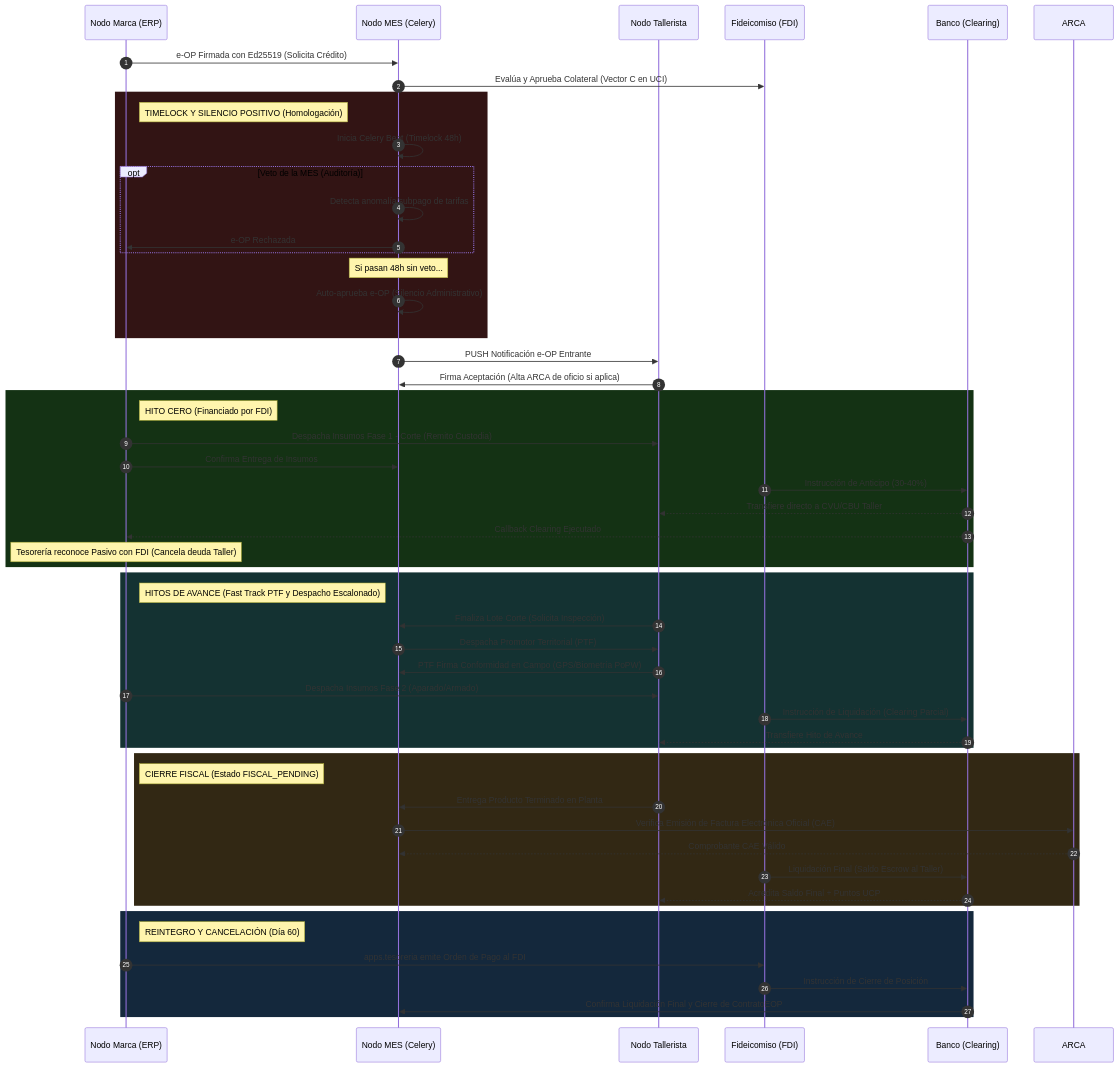
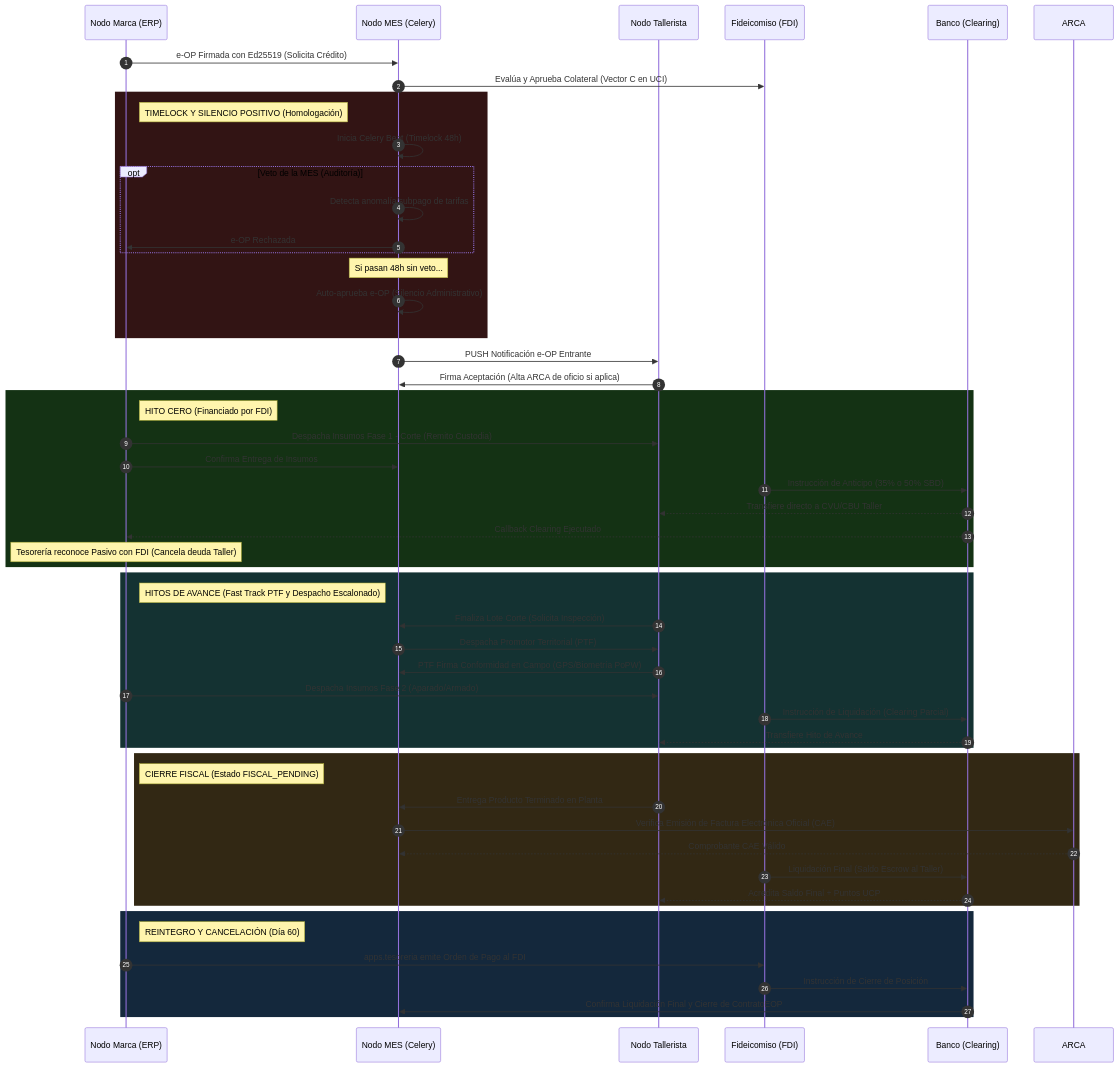
Before and after one commit to sarthouse/indinopy: the third of 9 diagrams in docs/md/arquitectura_funcional.md, drawn with Mermaid. The commit also changed other lines of this file and 24 other files, not shown here.

````diff
--- a/docs/md/arquitectura_funcional.md
+++ b/docs/md/arquitectura_funcional.md
@@ -155,62 +155,62 @@
 ```mermaid
 sequenceDiagram
     autonumber
     participant Marca as Nodo Marca (ERP)
     participant MES as Nodo MES (Celery)
     participant Taller as Nodo Tallerista
     participant FDI as Fideicomiso (FDI)
     participant Banco as Banco (Clearing)
     
     Marca->>MES: e-OP Firmada con Ed25519 (Solicita Crédito)
     MES->>FDI: Evalúa y Aprueba Colateral (Vector C en UCI)
     
     rect rgb(50, 20, 20)
         Note right of Marca: TIMELOCK Y SILENCIO POSITIVO (Homologación)
         MES->>MES: Inicia Celery Beat (Timelock 48h)
         opt Veto de la MES (Auditoría)
             MES->>MES: Detecta anomalía/subpago de tarifas
             MES->>Marca: e-OP Rechazada
         end
         Note over MES: Si pasan 48h sin veto...
         MES->>MES: Auto-aprueba e-OP (Silencio Administrativo)
     end
 
     MES->>Taller: PUSH Notificación e-OP Entrante
     Taller->>MES: Firma Aceptación (Alta ARCA de oficio si aplica)
     
     rect rgb(20, 50, 20)
         Note right of Marca: HITO CERO (Financiado por FDI)
         Marca->>Taller: Despacha Insumos Fase 1 - Corte (Remito Custodia)
         Marca->>MES: Confirma Entrega de Insumos
-        FDI->>Banco: Instrucción de Anticipo (30-40%)
+        FDI->>Banco: Instrucción de Anticipo (35% o 50% SBD)
         Banco-->>Taller: Transfiere directo a CVU/CBU Taller
         Banco-->>Marca: Callback Clearing Ejecutado
         Note over Marca: Tesorería reconoce Pasivo con FDI (Cancela deuda Taller)
     end
     
     rect rgb(20, 50, 50)
         Note right of Marca: HITOS DE AVANCE (Fast Track PTF y Despacho Escalonado)
         Taller->>MES: Finaliza Lote Corte (Solicita Inspección)
         MES->>Taller: Despacha Promotor Territorial (PTF)
         Taller->>MES: PTF Firma Conformidad en Campo (GPS/Biometría PoPW)
         Marca->>Taller: Despacha Insumos Fase 2 (Aparado/Armado)
         FDI->>Banco: Instrucción de Liquidación (Clearing Parcial)
         Banco-->>Taller: Transfiere Hito de Avance
     end
 
     rect rgb(50, 40, 20)
         Note right of Marca: CIERRE FISCAL (Estado FISCAL_PENDING)
         Taller->>MES: Entrega Producto Terminado en Planta
         MES->>ARCA: Verifica Emisión de Factura Electrónica Oficial (CAE)
         ARCA-->>MES: Comprobante CAE Válido
         FDI->>Banco: Liquidación Final (Saldo Escrow al Taller)
         Banco-->>Taller: Acredita Saldo Final + Puntos UCP
     end
     
     rect rgb(20, 40, 60)
         Note right of Marca: REINTEGRO Y CANCELACIÓN (Día 60)
         Marca->>FDI: apps.tesoreria emite Orden de Pago al FDI
         FDI->>Banco: Instrucción de Cierre de Posición
         Banco->>MES: Confirma Liquidación Final y Cierre de ContratoEOP
     end
 ```
````
